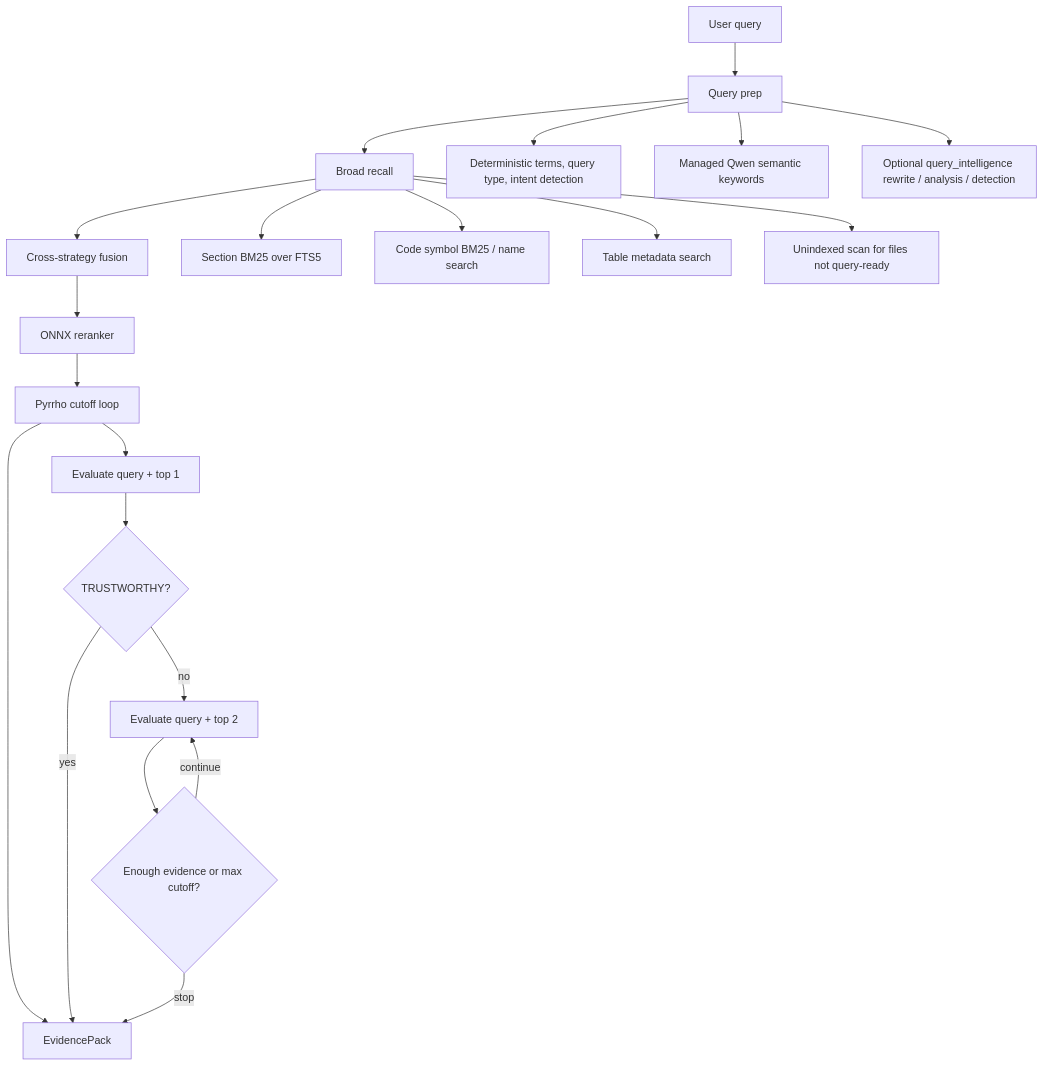
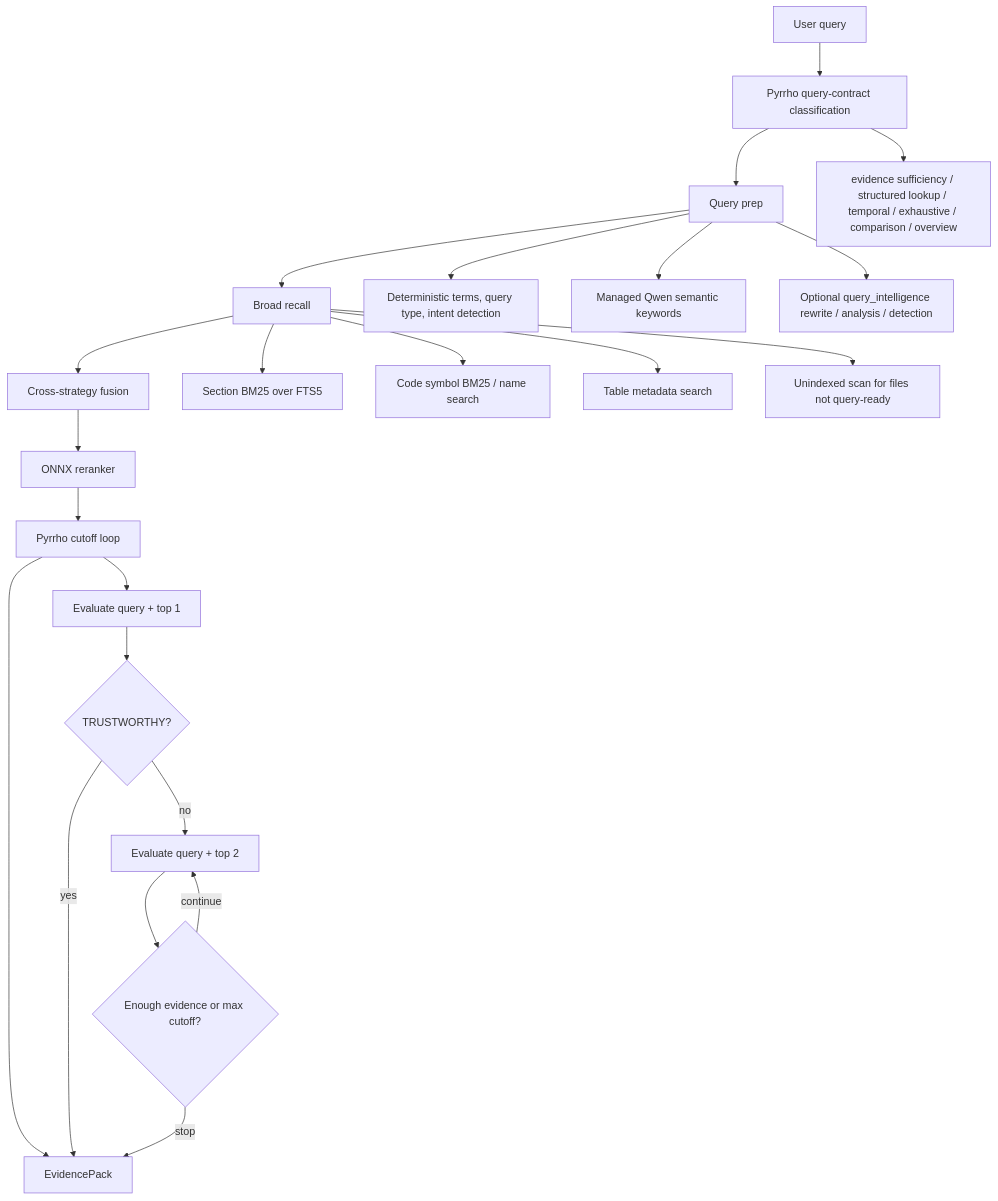
The second of 4 diagrams in docs/RETRIEVAL_PIPELINE.md (yafitzdev/fitz), drawn with Mermaid before and after one commit. The commit also changed other lines of this file and 12 other files, not shown here.

````diff
--- a/docs/RETRIEVAL_PIPELINE.md
+++ b/docs/RETRIEVAL_PIPELINE.md
@@ -66,26 +66,29 @@
 ```mermaid
 flowchart TD
-    Q["User query"] --> P["Query prep"]
+    Q["User query"] --> C["Pyrrho query-contract classification"]
+    C --> P["Query prep"]
     P --> R["Broad recall"]
     R --> X["Cross-strategy fusion"]
     X --> K["ONNX reranker"]
     K --> G["Pyrrho cutoff loop"]
     G --> E["EvidencePack"]
+
+    C --> C1["evidence sufficiency / structured lookup / temporal / exhaustive / comparison / overview"]
 
     P --> P1["Deterministic terms, query type, intent detection"]
     P --> P2["Managed Qwen semantic keywords"]
     P --> P3["Optional query_intelligence rewrite / analysis / detection"]
 
     R --> R1["Section BM25 over FTS5"]
     R --> R2["Code symbol BM25 / name search"]
     R --> R3["Table metadata search"]
     R --> R4["Unindexed scan for files not query-ready"]
 
     G --> G1["Evaluate query + top 1"]
     G1 --> G2{"TRUSTWORTHY?"}
     G2 -->|"yes"| E
     G2 -->|"no"| G3["Evaluate query + top 2"]
     G3 --> G4{"Enough evidence or max cutoff?"}
     G4 -->|"continue"| G3
     G4 -->|"stop"| E
 ```
````
